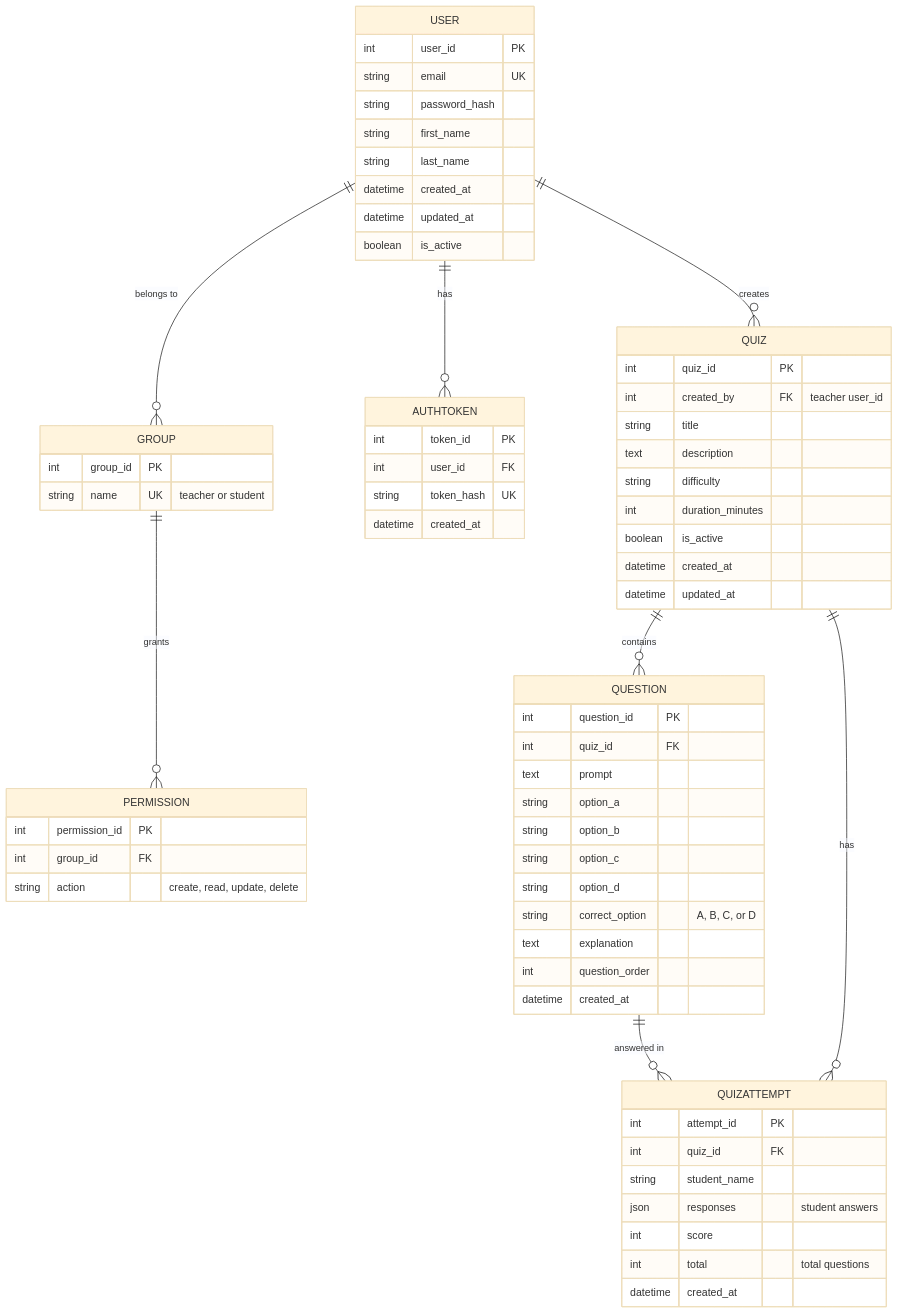
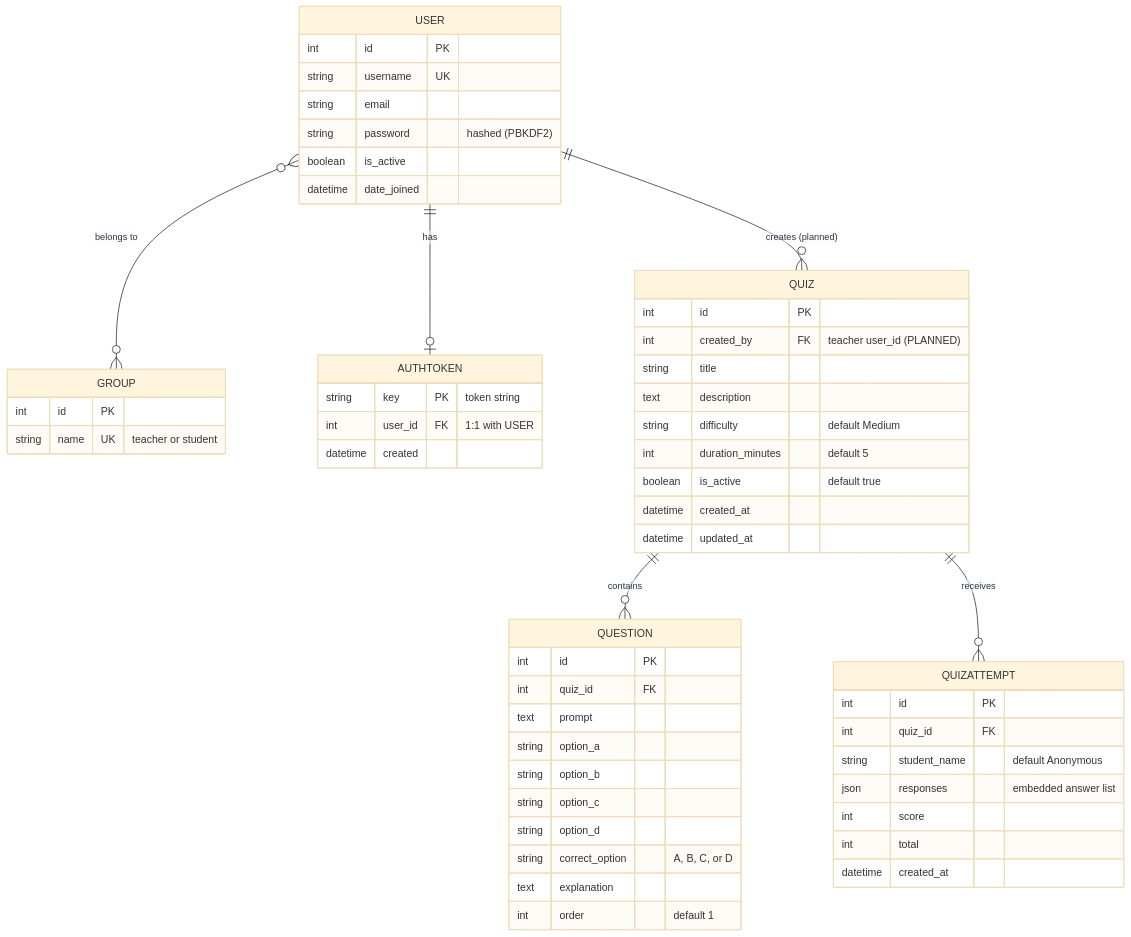
One commit to theuglyhaxor/CSE4204-8D-T04-SMART-QUIZ-GENERATOR changed the diagram in diagrams/CSE4204-8D-T04_ER-DIAGRAM.md. Above: the diagram before and after it, drawn with Mermaid (base theme). The commit also changed other lines of this file and 9 other files, not shown here.

````diff
--- a/diagrams/CSE4204-8D-T04_ER-DIAGRAM.md
+++ b/diagrams/CSE4204-8D-T04_ER-DIAGRAM.md
@@ -21,75 +24,63 @@
 ```mermaid
 erDiagram
-    USER ||--o{ GROUP : "belongs to"
-    USER ||--o{ AUTHTOKEN : "has"
-    USER ||--o{ QUIZ : "creates"
+    USER }o--o{ GROUP : "belongs to"
+    USER ||--o| AUTHTOKEN : "has"
+    USER ||--o{ QUIZ : "creates (planned)"
     QUIZ ||--o{ QUESTION : "contains"
-    QUIZ ||--o{ QUIZATTEMPT : "has"
-    QUESTION ||--o{ QUIZATTEMPT : "answered in"
-    GROUP ||--o{ PERMISSION : "grants"
+    QUIZ ||--o{ QUIZATTEMPT : "receives"
 
     USER {
-        int user_id PK
-        string email UK
-        string password_hash
-        string first_name
-        string last_name
-        datetime created_at
-        datetime updated_at
+        int id PK
+        string username UK
+        string email
+        string password "hashed (PBKDF2)"
         boolean is_active
+        datetime date_joined
     }
 
     GROUP {
-        int group_id PK
+        int id PK
         string name UK "teacher or student"
     }
 
     AUTHTOKEN {
-        int token_id PK
-        int user_id FK
-        string token_hash UK
-        datetime created_at
-    }
-
-    PERMISSION {
-        int permission_id PK
-        int group_id FK
-        string action "create, read, update, delete"
+        string key PK "token string"
+        int user_id FK "1:1 with USER"
+        datetime created
     }
 
     QUIZ {
-        int quiz_id PK
-        int created_by FK "teacher user_id"
+        int id PK
+        int created_by FK "teacher user_id (PLANNED)"
         string title
         text description
-        string difficulty
-        int duration_minutes
-        boolean is_active
+        string difficulty "default Medium"
+        int duration_minutes "default 5"
+        boolean is_active "default true"
         datetime created_at
         datetime updated_at
     }
 
     QUESTION {
-        int question_id PK
+        int id PK
         int quiz_id FK
         text prompt
         string option_a
         string option_b
         string option_c
         string option_d
         string correct_option "A, B, C, or D"
         text explanation
-        int question_order
-        datetime created_at
+        int order "default 1"
     }
 
     QUIZATTEMPT {
-        int attempt_id PK
+        int id PK
         int quiz_id FK
-        string student_name
-        json responses "student answers"
+        string student_name "default Anonymous"
+        json responses "embedded answer list"
         int score
-        int total "total questions"
+        int total
         datetime created_at
     }
 ```
````
